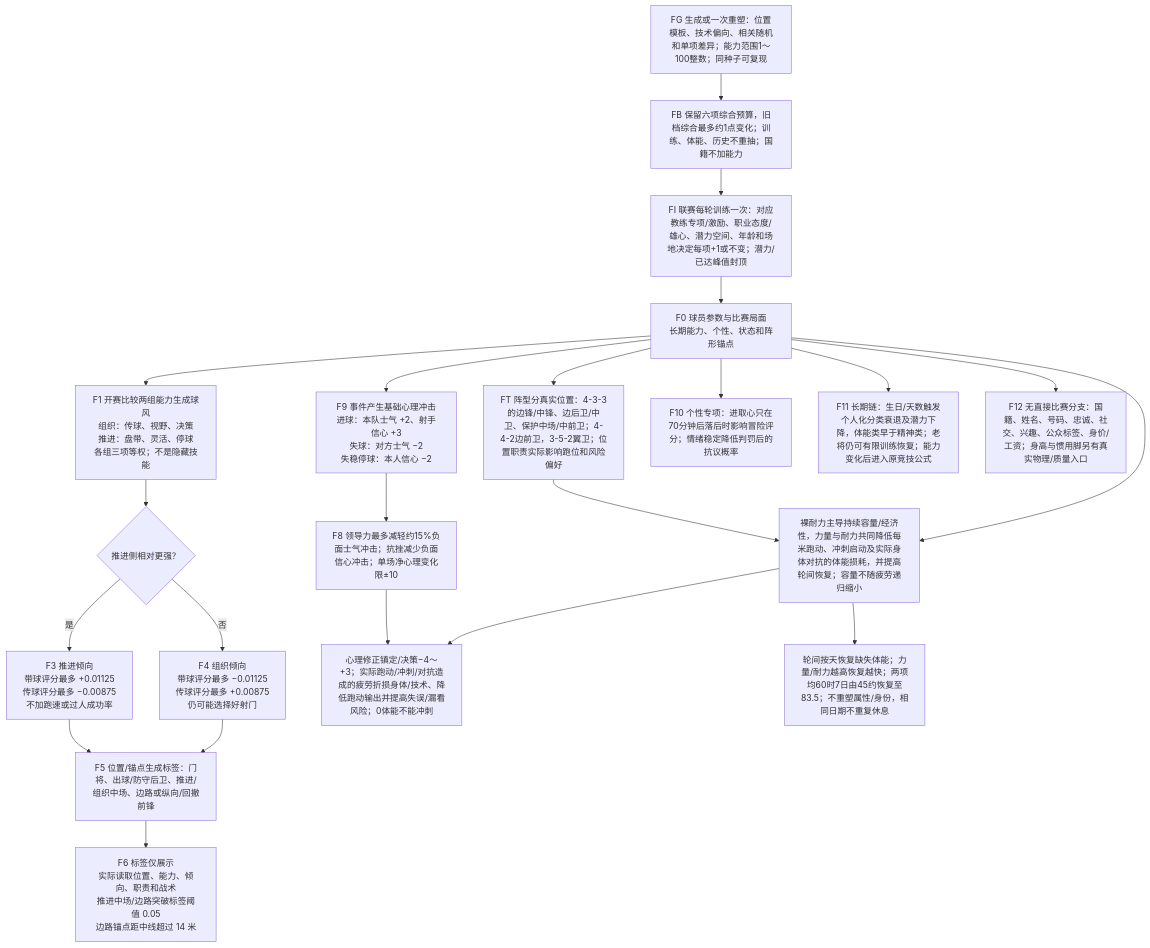
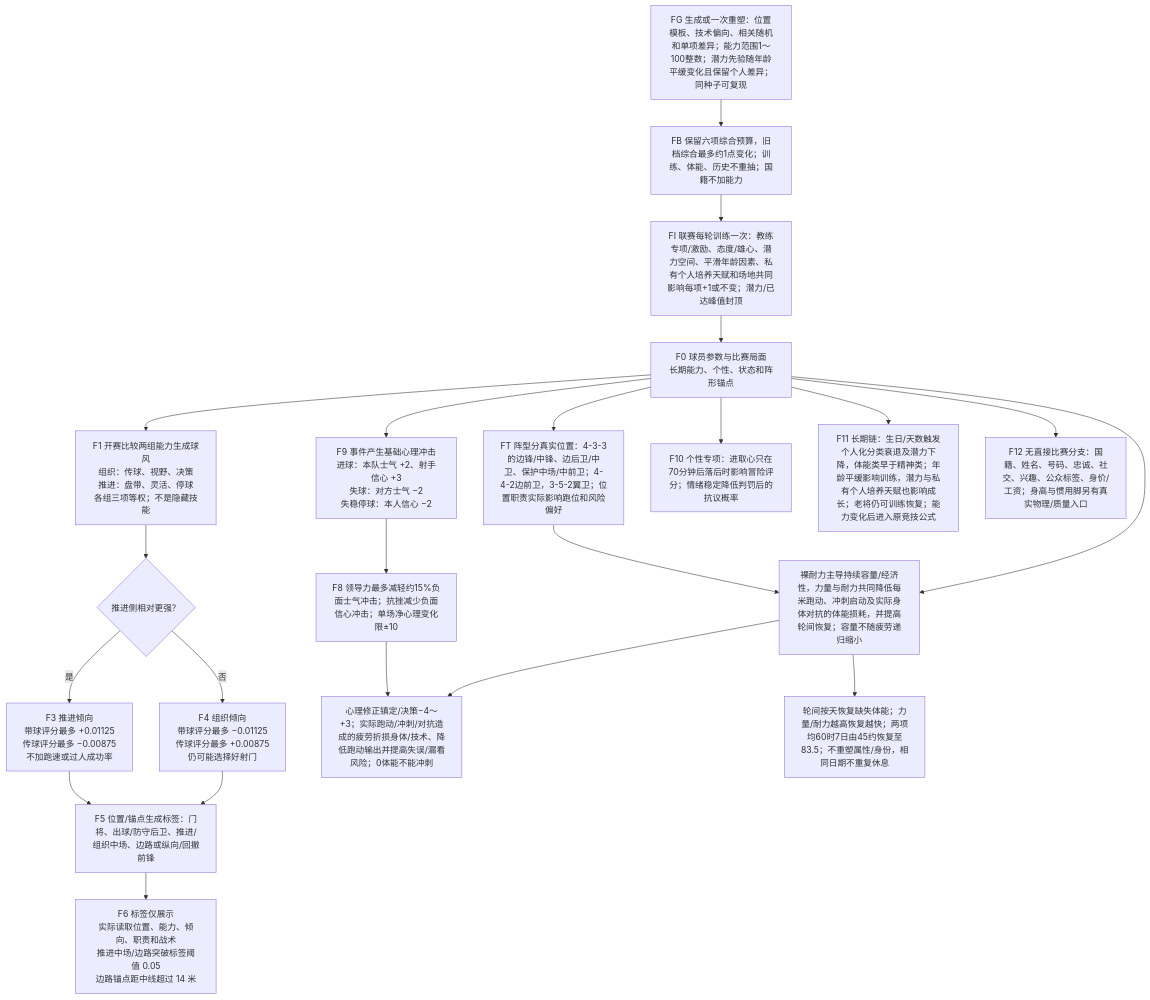
The sixth of 7 diagrams in packages/shared/modules/matches/design/PLAYER_DECISION_MAP.md (sixu3575/touchline-manager), drawn with Mermaid before and after one commit. The commit also changed other lines of this file and 65 other files, not shown here.

````diff
--- a/packages/shared/modules/matches/design/PLAYER_DECISION_MAP.md
+++ b/packages/shared/modules/matches/design/PLAYER_DECISION_MAP.md
@@ -249,24 +258,24 @@
 ```mermaid
 flowchart TD
-  FG["FG 生成或一次重塑：位置模板、技术偏向、相关随机和单项差异；能力范围1～100整数；同种子可复现"] --> FB["FB 保留六项综合预算，旧档综合最多约1点变化；训练、体能、历史不重抽；国籍不加能力"]
-  FB --> FI["FI 联赛每轮训练一次：对应教练专项/激励、职业态度/雄心、潜力空间、年龄和场地决定每项+1或不变；潜力/已达峰值封顶"]
+  FG["FG 生成或一次重塑：位置模板、技术偏向、相关随机和单项差异；能力范围1～100整数；潜力先验随年龄平缓变化且保留个人差异；同种子可复现"] --> FB["FB 保留六项综合预算，旧档综合最多约1点变化；训练、体能、历史不重抽；国籍不加能力"]
+  FB --> FI["FI 联赛每轮训练一次：教练专项/激励、态度/雄心、潜力空间、平滑年龄因素、私有个人培养天赋和场地共同影响每项+1或不变；潜力/已达峰值封顶"]
   FI --> F0
   F0["F0 球员参数与比赛局面<br/>长期能力、个性、状态和阵形锚点"] --> F1["F1 开赛比较两组能力生成球风<br/>组织：传球、视野、决策<br/>推进：盘带、灵活、停球<br/>各组三项等权；不是隐藏技能"]
   F1 --> F2{"推进侧相对更强？"}
   F2 -->|是| F3["F3 推进倾向<br/>带球评分最多 +0.01125<br/>传球评分最多 −0.00875<br/>不加跑速或过人成功率"]
   F2 -->|否| F4["F4 组织倾向<br/>带球评分最多 −0.01125<br/>传球评分最多 +0.00875<br/>仍可能选择好射门"]
   F3 --> F5["F5 位置/锚点生成标签：门将、出球/防守后卫、推进/组织中场、边路或纵向/回撤前锋"]
   F4 --> F5
   F5 --> F6["F6 标签仅展示<br/>实际读取位置、能力、倾向、职责和战术<br/>推进中场/边路突破标签阈值 0.05<br/>边路锚点距中线超过 14 米"]
   F0 --> FT["FT 阵型分真实位置：4-3-3的边锋/中锋、边后卫/中卫、保护中场/中前卫；4-4-2边前卫，3-5-2翼卫；位置职责实际影响跑位和风险偏好"]
   FT --> FP["FP 战术决定配合职责与候选收益；能力决定能否及时到位、技术质量与个人选择；球风标签仍不提供额外能力"]
   F0 --> F9["F9 事件产生基础心理冲击<br/>进球：本队士气 +2、射手信心 +3<br/>失球：对方士气 −2<br/>失稳停球：本人信心 −2"]
   F9 --> F8["F8 领导力最多减轻约15%负面士气冲击；抗挫减少负面信心冲击；单场净心理变化限±10"]
   F8 --> F7["心理修正镇定/决策−4～+3；实际跑动/冲刺/对抗造成的疲劳折损身体/技术、降低跑动输出并提高失误/漏看风险；0体能不能冲刺"]
   F0 --> FP["裸耐力主导持续容量/经济性，力量与耐力共同降低每米跑动、冲刺启动及实际身体对抗的体能损耗，并提高轮间恢复；容量不随疲劳递归缩小"]
   FP --> F7
   FP --> FR["轮间按天恢复缺失体能；力量/耐力越高恢复越快；两项均60时7日由45约恢复至83.5；不重塑属性/身份，相同日期不重复休息"]
   F0 --> F10["F10 个性专项：进取心只在70分钟后落后时影响冒险评分；情绪稳定降低判罚后的抗议概率"]
-  F0 --> F11["F11 长期链：生日/天数触发个人化分类衰退及潜力下降，体能类早于精神类；老将仍可有限训练恢复；能力变化后进入原竞技公式"]
+  F0 --> F11["F11 长期链：生日/天数触发个人化分类衰退及潜力下降，体能类早于精神类；年龄平缓影响训练，潜力与私有个人培养天赋也影响成长；老将仍可训练恢复；能力变化后进入原竞技公式"]
   F0 --> F12["F12 无直接比赛分支：国籍、姓名、号码、忠诚、社交、兴趣、公众标签、身价/工资；身高与惯用脚另有真实物理/质量入口"]
 ```
````
